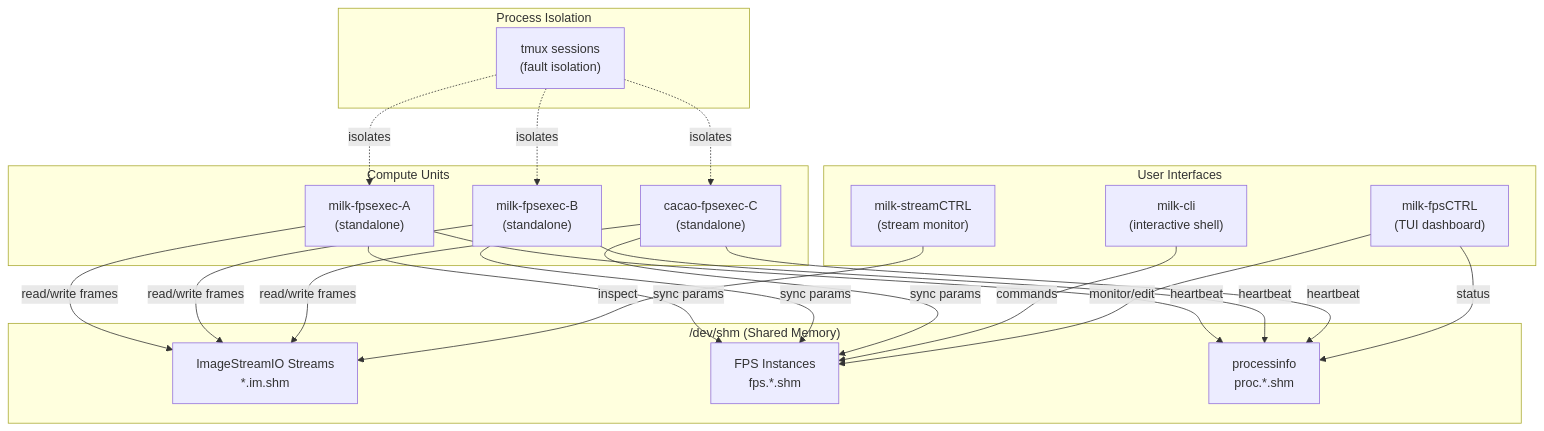
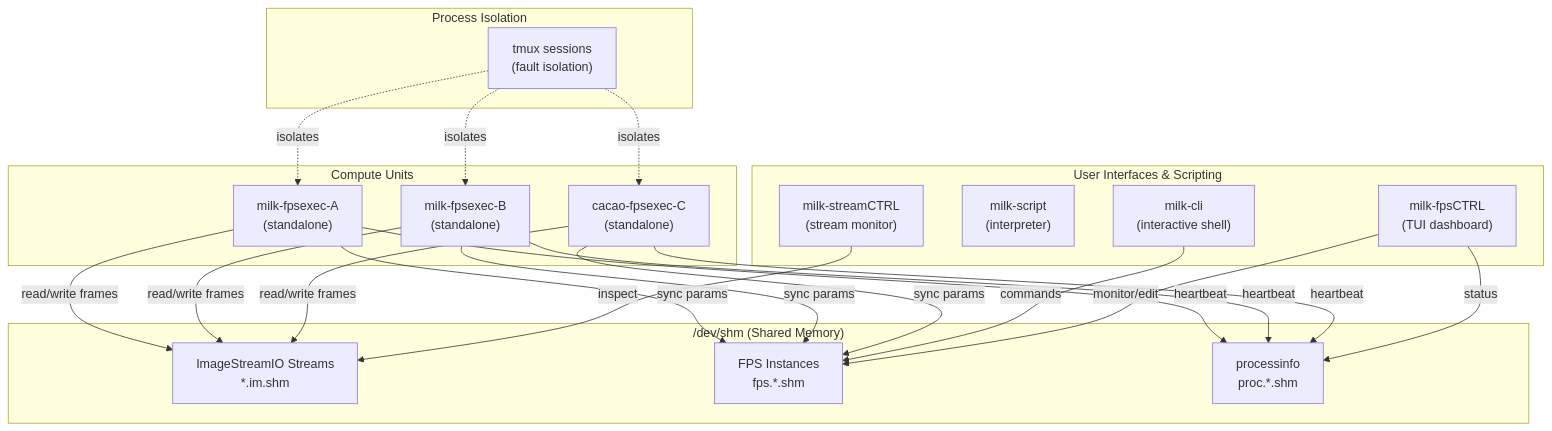
Before and after one commit to milk-org/milk: the diagram in docs/programmers_guide.md, drawn with Mermaid. The commit also changed other lines of this file and 65 other files, not shown here.

````diff
--- a/docs/programmers_guide.md
+++ b/docs/programmers_guide.md
@@ -37,43 +37,44 @@
 ```mermaid
 graph TD
-    subgraph "User Interfaces"
+    subgraph "User Interfaces & Scripting"
         CLI["milk-cli<br/>(interactive shell)"]
+        SCRIPT["milk-script<br/>(interpreter)"]
         TUI["milk-fpsCTRL<br/>(TUI dashboard)"]
         SCTRL["milk-streamCTRL<br/>(stream monitor)"]
     end
 
     subgraph "/dev/shm (Shared Memory)"
         SHM["ImageStreamIO Streams<br/>*.im.shm"]
         FPSSHM["FPS Instances<br/>fps.*.shm"]
         PINFO["processinfo<br/>proc.*.shm"]
     end
 
     subgraph "Compute Units"
         SA["milk-fpsexec-A<br/>(standalone)"]
         SB["milk-fpsexec-B<br/>(standalone)"]
         SC["cacao-fpsexec-C<br/>(standalone)"]
     end
 
     subgraph "Process Isolation"
         TMUX["tmux sessions<br/>(fault isolation)"]
     end
 
     SA -- "read/write frames" --> SHM
     SB -- "read/write frames" --> SHM
     SC -- "read/write frames" --> SHM
     SA -- "sync params" --> FPSSHM
     SB -- "sync params" --> FPSSHM
     SC -- "sync params" --> FPSSHM
     SA -- "heartbeat" --> PINFO
     SB -- "heartbeat" --> PINFO
     SC -- "heartbeat" --> PINFO
 
     CLI -- "commands" --> FPSSHM
     TUI -- "monitor/edit" --> FPSSHM
     TUI -- "status" --> PINFO
     SCTRL -- "inspect" --> SHM
 
     TMUX -. "isolates" .-> SA
     TMUX -. "isolates" .-> SB
     TMUX -. "isolates" .-> SC
 ```
````
